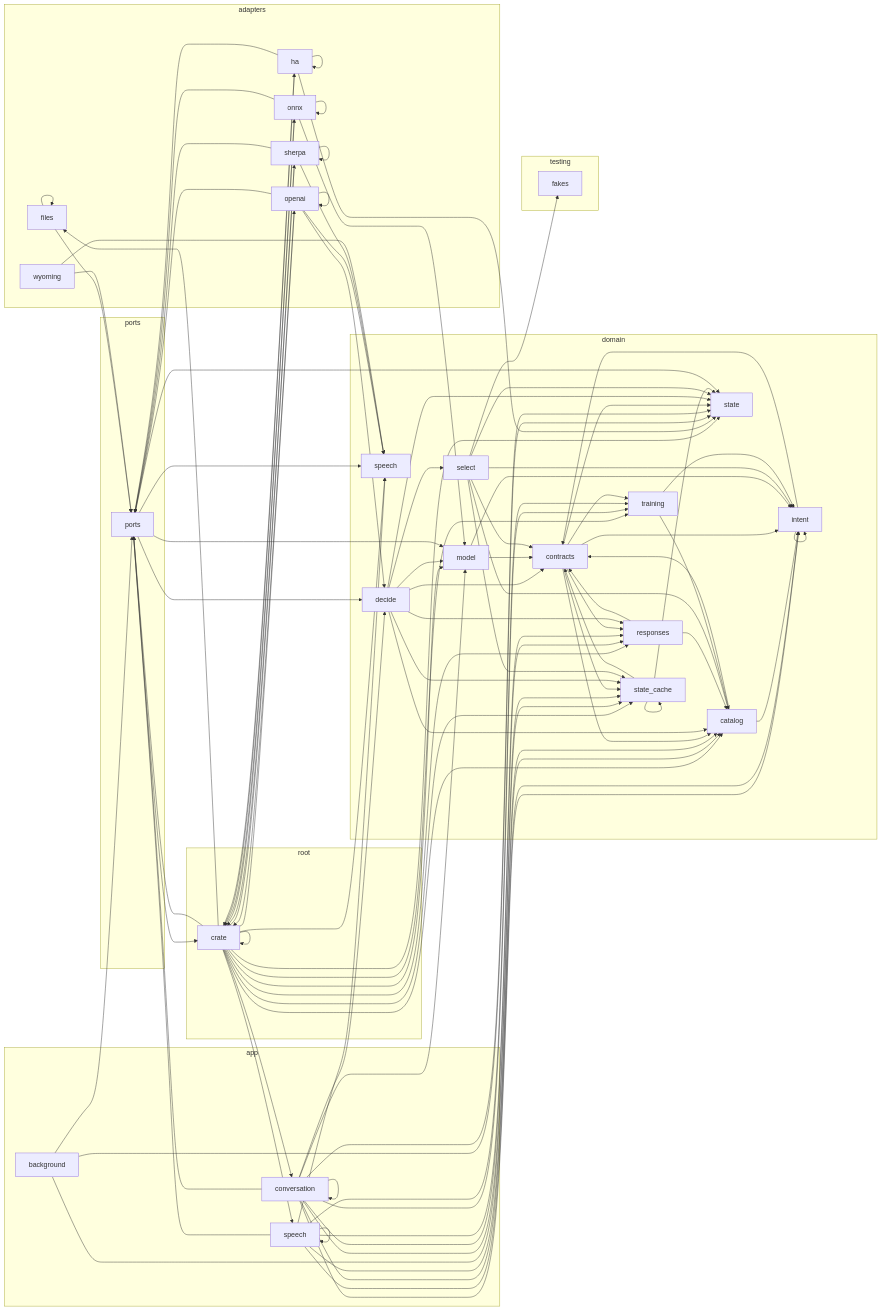
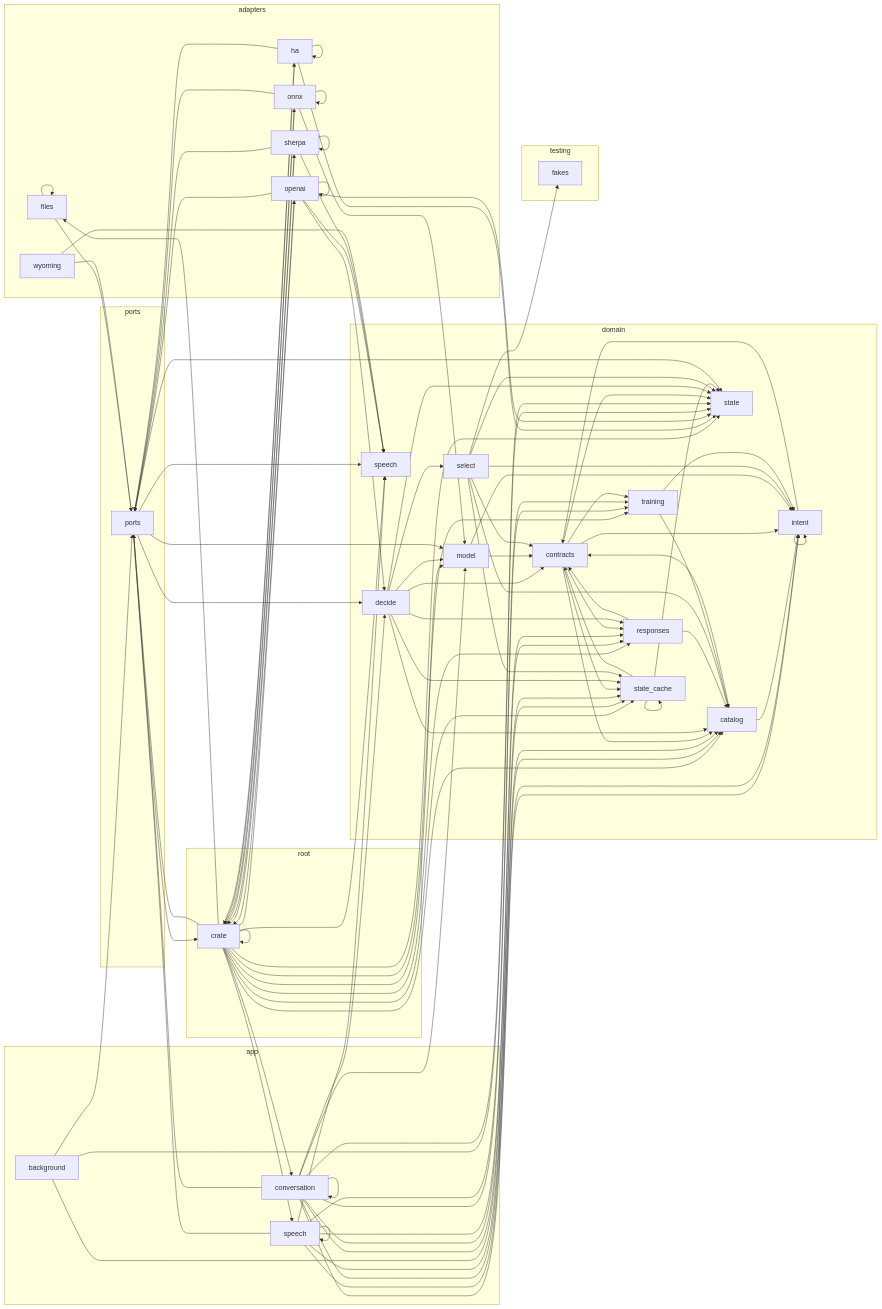
Before and after one commit to louislang/ha-jarvis: the diagram in docs/architecture.md, drawn with Mermaid. The commit also changed 5 other files, not shown here.

```diff
--- a/docs/architecture.md
+++ b/docs/architecture.md
@@ -69,6 +69,7 @@
     crate_adapters_openai --> crate_adapters_openai
     crate_adapters_openai --> crate_domain_decide
     crate_adapters_openai --> crate_domain_speech
+    crate_adapters_openai --> crate_domain_state
     crate_adapters_openai --> crate_ports
     crate_adapters_sherpa --> crate
     crate_adapters_sherpa --> crate_adapters_sherpa
```
